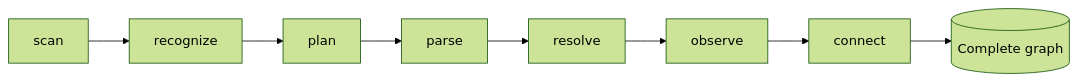
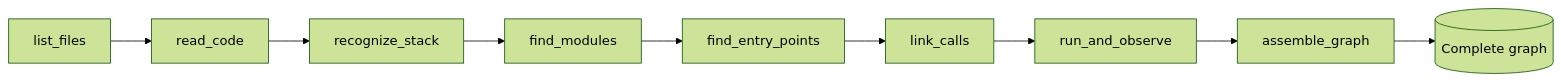
Before and after one commit to acaprino/daodan: the diagram in README.md, drawn with Mermaid (forest theme). The commit also changed other lines of this file and 1 other file, not shown here.

````diff
--- a/README.md
+++ b/README.md
@@ -23,4 +25,4 @@
 ```mermaid
 flowchart LR
-  scan --> recognize --> plan --> parse --> resolve --> observe --> connect --> G[(Complete graph)]
+  list_files --> read_code --> recognize_stack --> find_modules --> find_entry_points --> link_calls --> run_and_observe --> assemble_graph --> G[(Complete graph)]
 ```
````
